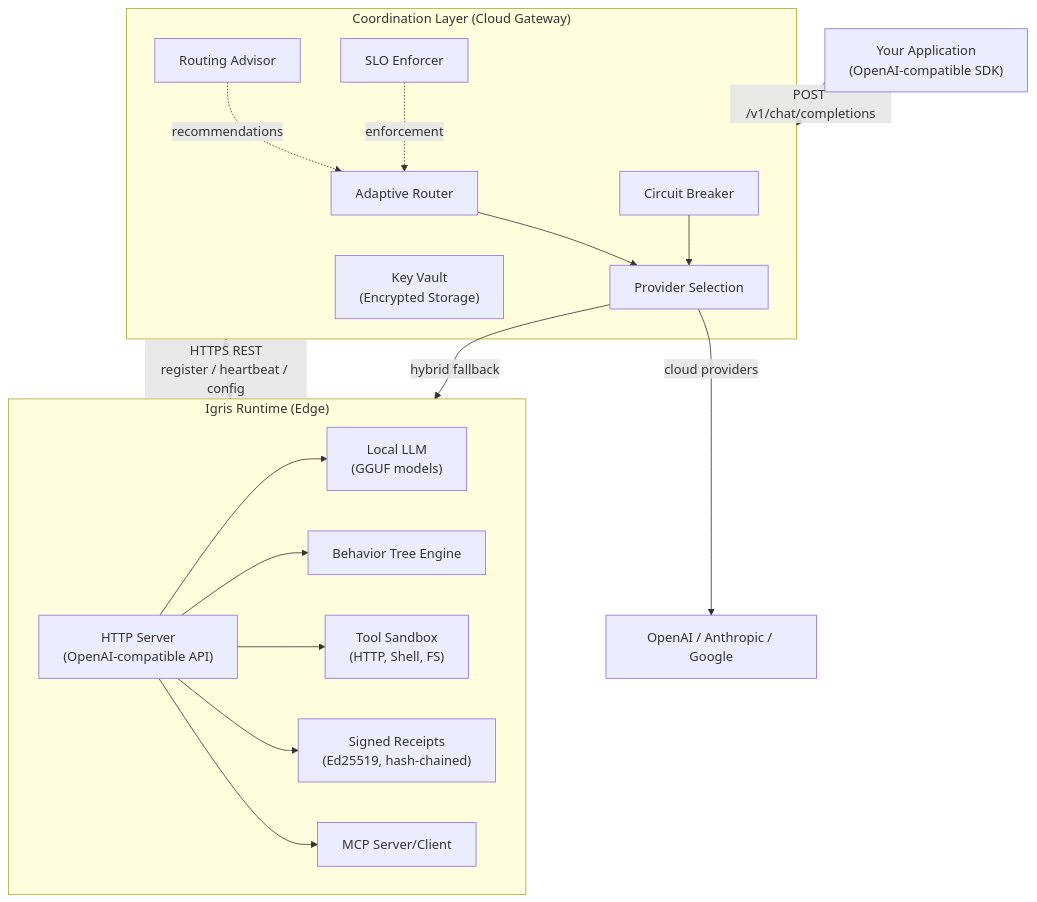
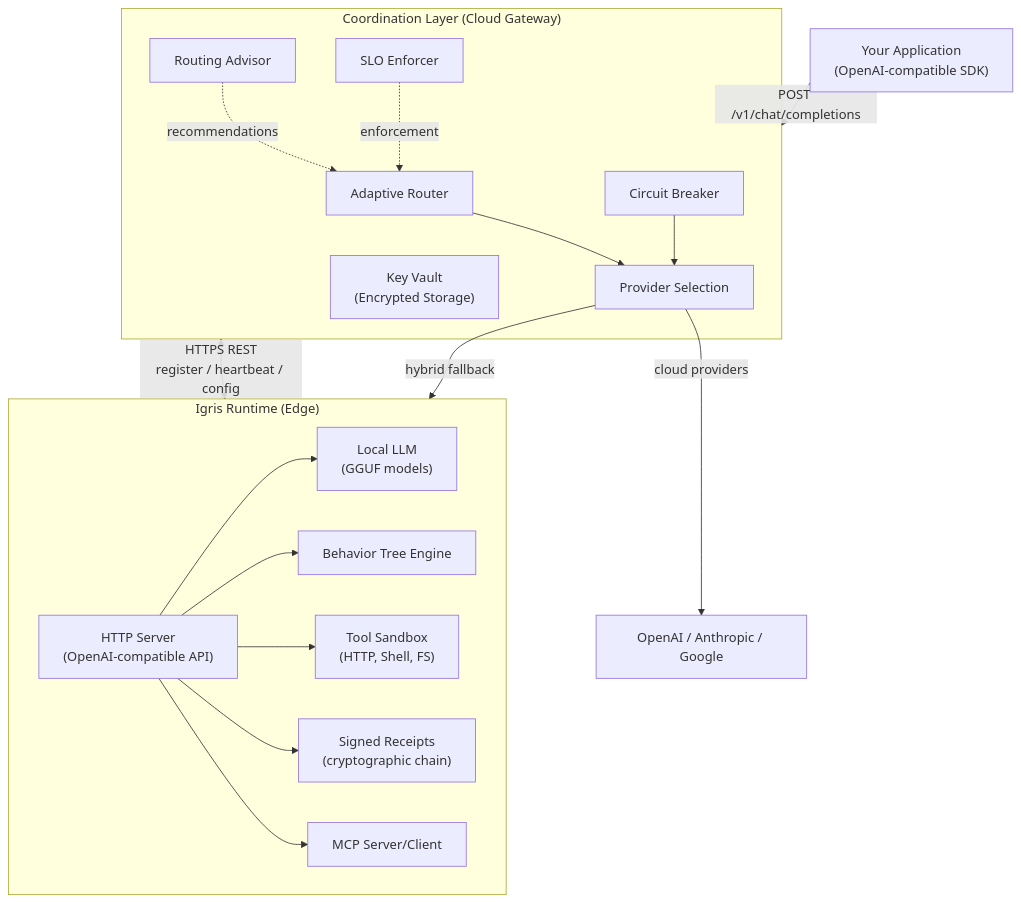
The diagram in web/apps/web-docs-hub/docs/architecture.mdx (rapture-fx/igris), drawn with Mermaid before and after one commit.

````diff
--- a/web/apps/web-docs-hub/docs/architecture.mdx
+++ b/web/apps/web-docs-hub/docs/architecture.mdx
@@ -9,37 +9,37 @@
 ```mermaid
 graph TD
     App["Your Application\n(OpenAI-compatible SDK)"]
     App -->|"POST /v1/chat/completions"| Coordination
 
     subgraph Coordination["Coordination Layer (Cloud Gateway)"]
         Router["Adaptive Router"]
         CB["Circuit Breaker"]
         PS["Provider Selection"]
         CA["Routing Advisor"]
         SLO["SLO Enforcer"]
         Vault["Key Vault\n(Encrypted Storage)"]
         Router --> PS
         CB --> PS
         CA -.->|"recommendations"| Router
         SLO -.->|"enforcement"| Router
     end
 
     PS -->|"cloud providers"| OpenAI["OpenAI / Anthropic / Google"]
     PS -->|"hybrid fallback"| Runtime
 
     subgraph Runtime["Igris Runtime (Edge)"]
         Server["HTTP Server\n(OpenAI-compatible API)"]
         LLM["Local LLM\n(GGUF models)"]
         BT["Behavior Tree Engine"]
         Tools["Tool Sandbox\n(HTTP, Shell, FS)"]
-        Receipts["Signed Receipts\n(Ed25519, hash-chained)"]
+        Receipts["Signed Receipts\n(cryptographic chain)"]
         MCP["MCP Server/Client"]
         Server --> LLM
         Server --> BT
         Server --> Tools
         Server --> Receipts
         Server --> MCP
     end
 
     Coordination <-->|"HTTPS REST\nregister / heartbeat / config"| Runtime
 ```
````
